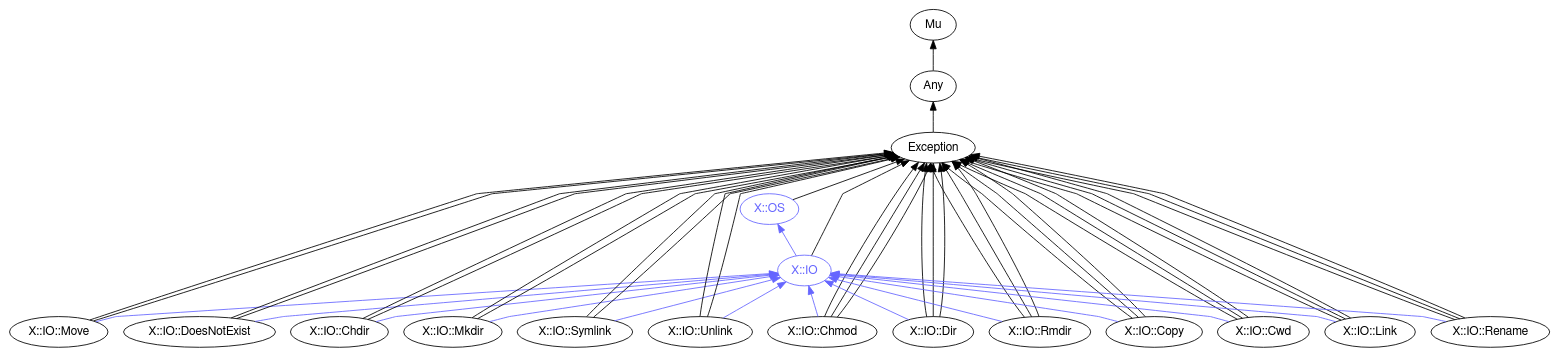
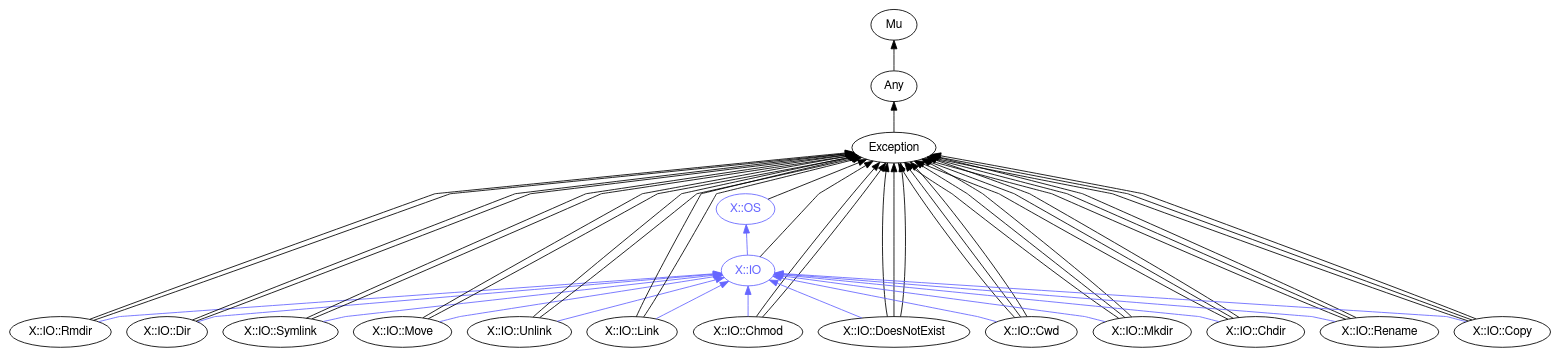
Before and after one commit to perl6docs/perl6docs.github.io: the diagram in images/type-graph-X::IO.svg.dot, drawn with Graphviz. The commit also changed 4420 other files, not shown here.

```diff
--- a/images/type-graph-X::IO.svg.dot
+++ b/images/type-graph-X::IO.svg.dot
@@ -1,79 +1,78 @@
 digraph "perl6-type-graph" {
     rankdir=BT;
     splines=polyline;
     overlap=false; 
     // Types
     "X::IO" [color="#6666FF", fontcolor="#6666FF", href="/type/X::IO", fontname="FreeSans"];
     "Mu" [color="#000000", fontcolor="#000000", href="/type/Mu", fontname="FreeSans"];
     "Any" [color="#000000", fontcolor="#000000", href="/type/Any", fontname="FreeSans"];
     "Exception" [color="#000000", fontcolor="#000000", href="/type/Exception", fontname="FreeSans"];
     "X::OS" [color="#6666FF", fontcolor="#6666FF", href="/type/X::OS", fontname="FreeSans"];
+    "X::IO::Rmdir" [color="#000000", fontcolor="#000000", href="/type/X::IO::Rmdir", fontname="FreeSans"];
+    "X::IO::Dir" [color="#000000", fontcolor="#000000", href="/type/X::IO::Dir", fontname="FreeSans"];
+    "X::IO::Symlink" [color="#000000", fontcolor="#000000", href="/type/X::IO::Symlink", fontname="FreeSans"];
     "X::IO::Move" [color="#000000", fontcolor="#000000", href="/type/X::IO::Move", fontname="FreeSans"];
+    "X::IO::Unlink" [color="#000000", fontcolor="#000000", href="/type/X::IO::Unlink", fontname="FreeSans"];
+    "X::IO::Link" [color="#000000", fontcolor="#000000", href="/type/X::IO::Link", fontname="FreeSans"];
+    "X::IO::Chmod" [color="#000000", fontcolor="#000000", href="/type/X::IO::Chmod", fontname="FreeSans"];
     "X::IO::DoesNotExist" [color="#000000", fontcolor="#000000", href="/type/X::IO::DoesNotExist", fontname="FreeSans"];
+    "X::IO::Cwd" [color="#000000", fontcolor="#000000", href="/type/X::IO::Cwd", fontname="FreeSans"];
+    "X::IO::Mkdir" [color="#000000", fontcolor="#000000", href="/type/X::IO::Mkdir", fontname="FreeSans"];
     "X::IO::Chdir" [color="#000000", fontcolor="#000000", href="/type/X::IO::Chdir", fontname="FreeSans"];
-    "X::IO::Mkdir" [color="#000000", fontcolor="#000000", href="/type/X::IO::Mkdir", fontname="FreeSans"];
-    "X::IO::Symlink" [color="#000000", fontcolor="#000000", href="/type/X::IO::Symlink", fontname="FreeSans"];
-    "X::IO::Unlink" [color="#000000", fontcolor="#000000", href="/type/X::IO::Unlink", fontname="FreeSans"];
-    "X::IO::Chmod" [color="#000000", fontcolor="#000000", href="/type/X::IO::Chmod", fontname="FreeSans"];
-    "X::IO::Dir" [color="#000000", fontcolor="#000000", href="/type/X::IO::Dir", fontname="FreeSans"];
-    "X::IO::Rmdir" [color="#000000", fontcolor="#000000", href="/type/X::IO::Rmdir", fontname="FreeSans"];
+    "X::IO::Rename" [color="#000000", fontcolor="#000000", href="/type/X::IO::Rename", fontname="FreeSans"];
     "X::IO::Copy" [color="#000000", fontcolor="#000000", href="/type/X::IO::Copy", fontname="FreeSans"];
-    "X::IO::Cwd" [color="#000000", fontcolor="#000000", href="/type/X::IO::Cwd", fontname="FreeSans"];
-    "X::IO::Link" [color="#000000", fontcolor="#000000", href="/type/X::IO::Link", fontname="FreeSans"];
-    "X::IO::Rename" [color="#000000", fontcolor="#000000", href="/type/X::IO::Rename", fontname="FreeSans"];
 
     // Superclasses
     "X::IO" -> "Exception" [color="#000000"];
     "Any" -> "Mu" [color="#000000"];
     "Exception" -> "Any" [color="#000000"];
     "X::OS" -> "Exception" [color="#000000"];
+    "X::IO::Rmdir" -> "Exception" [color="#000000"];
+    "X::IO::Rmdir" -> "Exception" [color="#000000"];
+    "X::IO::Dir" -> "Exception" [color="#000000"];
+    "X::IO::Dir" -> "Exception" [color="#000000"];
+    "X::IO::Symlink" -> "Exception" [color="#000000"];
+    "X::IO::Symlink" -> "Exception" [color="#000000"];
     "X::IO::Move" -> "Exception" [color="#000000"];
     "X::IO::Move" -> "Exception" [color="#000000"];
+    "X::IO::Unlink" -> "Exception" [color="#000000"];
+    "X::IO::Unlink" -> "Exception" [color="#000000"];
+    "X::IO::Link" -> "Exception" [color="#000000"];
+    "X::IO::Link" -> "Exception" [color="#000000"];
+    "X::IO::Chmod" -> "Exception" [color="#000000"];
+    "X::IO::Chmod" -> "Exception" [color="#000000"];
     "X::IO::DoesNotExist" -> "Exception" [color="#000000"];
     "X::IO::DoesNotExist" -> "Exception" [color="#000000"];
+    "X::IO::DoesNotExist" -> "Exception" [color="#000000"];
+    "X::IO::Cwd" -> "Exception" [color="#000000"];
+    "X::IO::Cwd" -> "Exception" [color="#000000"];
+    "X::IO::Cwd" -> "Exception" [color="#000000"];
+    "X::IO::Mkdir" -> "Exception" [color="#000000"];
+    "X::IO::Mkdir" -> "Exception" [color="#000000"];
+    "X::IO::Mkdir" -> "Exception" [color="#000000"];
     "X::IO::Chdir" -> "Exception" [color="#000000"];
     "X::IO::Chdir" -> "Exception" [color="#000000"];
-    "X::IO::Mkdir" -> "Exception" [color="#000000"];
-    "X::IO::Mkdir" -> "Exception" [color="#000000"];
-    "X::IO::Symlink" -> "Exception" [color="#000000"];
-    "X::IO::Symlink" -> "Exception" [color="#000000"];
-    "X::IO::Unlink" -> "Exception" [color="#000000"];
-    "X::IO::Unlink" -> "Exception" [color="#000000"];
-    "X::IO::Chmod" -> "Exception" [color="#000000"];
-    "X::IO::Chmod" -> "Exception" [color="#000000"];
-    "X::IO::Chmod" -> "Exception" [color="#000000"];
-    "X::IO::Dir" -> "Exception" [color="#000000"];
-    "X::IO::Dir" -> "Exception" [color="#000000"];
-    "X::IO::Dir" -> "Exception" [color="#000000"];
-    "X::IO::Rmdir" -> "Exception" [color="#000000"];
-    "X::IO::Rmdir" -> "Exception" [color="#000000"];
-    "X::IO::Rmdir" -> "Exception" [color="#000000"];
+    "X::IO::Chdir" -> "Exception" [color="#000000"];
+    "X::IO::Rename" -> "Exception" [color="#000000"];
+    "X::IO::Rename" -> "Exception" [color="#000000"];
+    "X::IO::Rename" -> "Exception" [color="#000000"];
     "X::IO::Copy" -> "Exception" [color="#000000"];
     "X::IO::Copy" -> "Exception" [color="#000000"];
     "X::IO::Copy" -> "Exception" [color="#000000"];
-    "X::IO::Cwd" -> "Exception" [color="#000000"];
-    "X::IO::Cwd" -> "Exception" [color="#000000"];
-    "X::IO::Cwd" -> "Exception" [color="#000000"];
-    "X::IO::Link" -> "Exception" [color="#000000"];
-    "X::IO::Link" -> "Exception" [color="#000000"];
-    "X::IO::Link" -> "Exception" [color="#000000"];
-    "X::IO::Rename" -> "Exception" [color="#000000"];
-    "X::IO::Rename" -> "Exception" [color="#000000"];
-    "X::IO::Rename" -> "Exception" [color="#000000"];
 
     // Roles
     "X::IO" -> "X::OS" [color="#6666FF"];
+    "X::IO::Rmdir" -> "X::IO" [color="#6666FF"];
+    "X::IO::Dir" -> "X::IO" [color="#6666FF"];
+    "X::IO::Symlink" -> "X::IO" [color="#6666FF"];
     "X::IO::Move" -> "X::IO" [color="#6666FF"];
+    "X::IO::Unlink" -> "X::IO" [color="#6666FF"];
+    "X::IO::Link" -> "X::IO" [color="#6666FF"];
+    "X::IO::Chmod" -> "X::IO" [color="#6666FF"];
     "X::IO::DoesNotExist" -> "X::IO" [color="#6666FF"];
+    "X::IO::Cwd" -> "X::IO" [color="#6666FF"];
+    "X::IO::Mkdir" -> "X::IO" [color="#6666FF"];
     "X::IO::Chdir" -> "X::IO" [color="#6666FF"];
-    "X::IO::Mkdir" -> "X::IO" [color="#6666FF"];
-    "X::IO::Symlink" -> "X::IO" [color="#6666FF"];
-    "X::IO::Unlink" -> "X::IO" [color="#6666FF"];
-    "X::IO::Chmod" -> "X::IO" [color="#6666FF"];
-    "X::IO::Dir" -> "X::IO" [color="#6666FF"];
-    "X::IO::Rmdir" -> "X::IO" [color="#6666FF"];
+    "X::IO::Rename" -> "X::IO" [color="#6666FF"];
     "X::IO::Copy" -> "X::IO" [color="#6666FF"];
-    "X::IO::Cwd" -> "X::IO" [color="#6666FF"];
-    "X::IO::Link" -> "X::IO" [color="#6666FF"];
-    "X::IO::Rename" -> "X::IO" [color="#6666FF"];
 }
```
